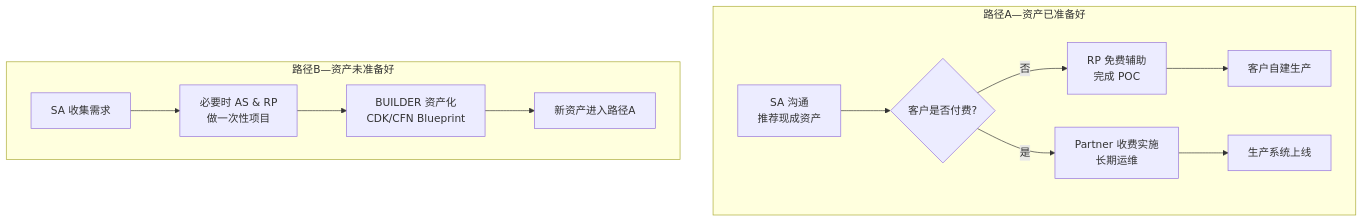
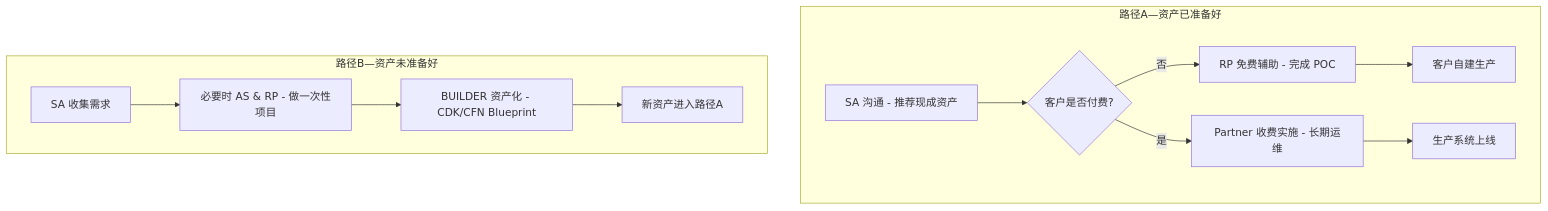
Before and after one commit to awsxuhi/genai-industry-usecases: the third of 4 diagrams in AWS_GenAI_团队协作流程图.md, drawn with Mermaid. The commit also changed other lines of this file, not shown here.

````diff
--- a/AWS_GenAI_团队协作流程图.md
+++ b/AWS_GenAI_团队协作流程图.md
@@ -59,22 +59,22 @@
 ```mermaid
 graph TD
   subgraph "路径A—资产已准备好"
-    SA_A["SA 沟通\n推荐现成资产"]
+    SA_A["SA 沟通 - 推荐现成资产"]
     CUSTA{"客户是否付费?"}
-    RP_A["RP 免费辅助\n完成 POC"]
-    PART_A["Partner 收费实施\n长期运维"]
+    RP_A["RP 免费辅助 - 完成 POC"]
+    PART_A["Partner 收费实施 - 长期运维"]
     SA_A --> CUSTA
     CUSTA -- "否" --> RP_A
     CUSTA -- "是" --> PART_A
     RP_A --> CUSTFinal["客户自建生产"]
     PART_A --> PROD_A["生产系统上线"]
   end
 
   subgraph "路径B—资产未准备好"
     SA_B["SA 收集需求"]
-    AS_B["必要时 AS & RP\n做一次性项目"]
-    BUILD["BUILDER 资产化\nCDK/CFN Blueprint"]
+    AS_B["必要时 AS & RP - 做一次性项目"]
+    BUILD["BUILDER 资产化 - CDK/CFN Blueprint"]
     LOOP["新资产进入路径A"]
     SA_B --> AS_B --> BUILD --> LOOP
   end
 ```
````
